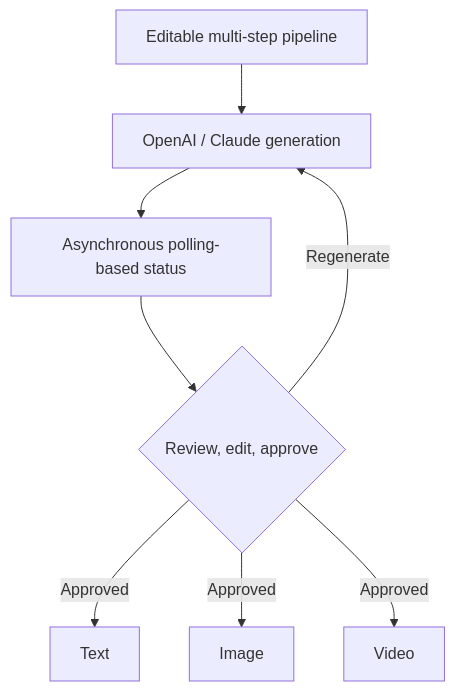
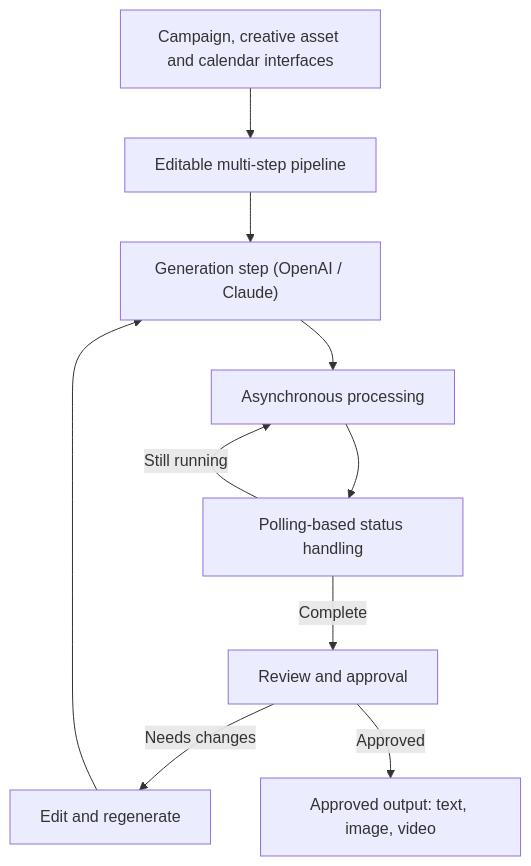
The diagram in README.md (Pooja24100/Pooja24100), drawn with Mermaid before and after one commit. The commit also changed other lines of this file, not shown here.

````diff
--- a/README.md
+++ b/README.md
@@ -67,10 +170,12 @@
 ```mermaid
 flowchart TD
-    A["Editable multi-step pipeline"] --> B["OpenAI / Claude generation"]
-    B --> C["Asynchronous polling-based status"]
-    C --> D{"Review, edit, approve"}
-    D -- Regenerate --> B
-    D -- Approved --> E["Text"]
-    D -- Approved --> F["Image"]
-    D -- Approved --> G["Video"]
+    A["Campaign, creative asset and calendar interfaces"] --> B["Editable multi-step pipeline"]
+    B --> C["Generation step (OpenAI / Claude)"]
+    C --> D["Asynchronous processing"]
+    D --> E["Polling-based status handling"]
+    E -- "Still running" --> D
+    E -- "Complete" --> F["Review and approval"]
+    F -- "Needs changes" --> G["Edit and regenerate"]
+    G --> C
+    F -- "Approved" --> H["Approved output: text, image, video"]
 ```
````
